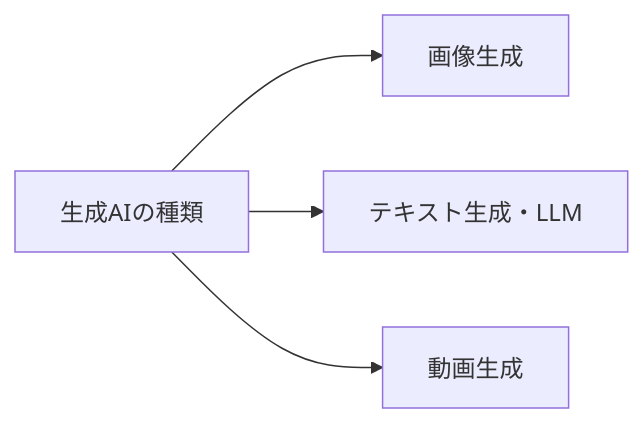
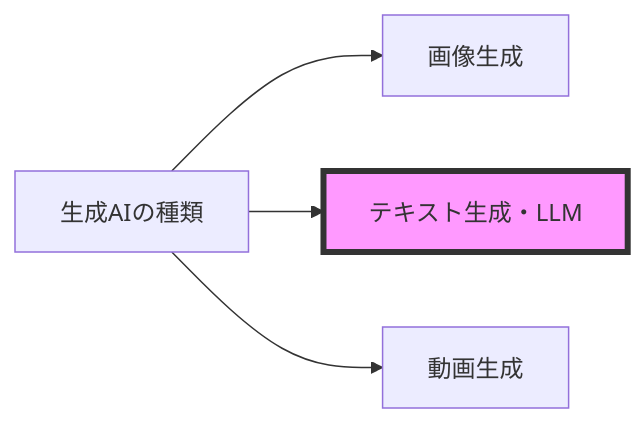
One commit to SparklingDetergent/doc_genai_Using_Generative_AI_with_Mac_Mini_-Introduction- changed the second of 10 diagrams in README.md. Above: the diagram before and after it, drawn with Mermaid. The commit also changed other lines of this file, not shown here.

````diff
--- a/README.md
+++ b/README.md
@@ -30,6 +22,7 @@
 ```mermaid
 graph LR
     A[生成AIの種類] --> B[画像生成]
     A --> C[テキスト生成・LLM]
     A --> D[動画生成]
+    style C fill:#f9f,stroke:#333,stroke-width:4px
 ```
````
